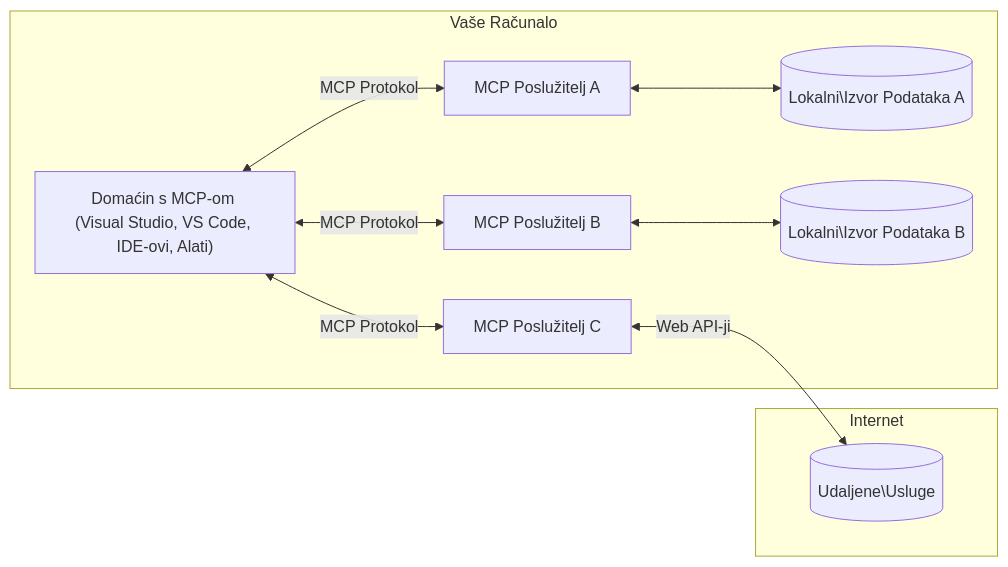
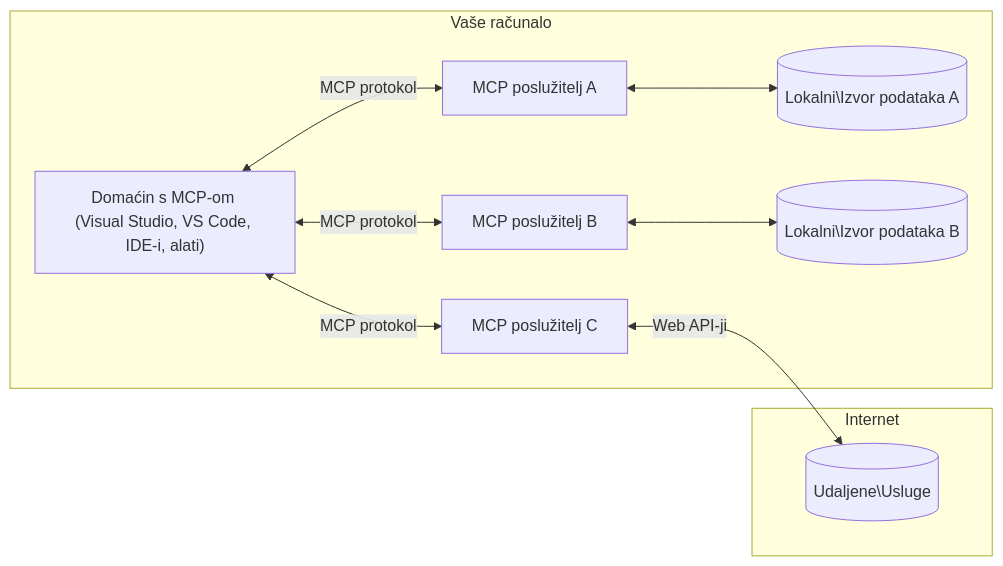
The diagram in mcp_ecosystem__model_context_protocol/mcp_learning_resources/mcp-for-beginners/translations/hr/01-CoreConcepts/README.md (HIDORAKAI002/ai-workspace-archive), drawn with Mermaid before and after one commit. The commit also changed other lines of this file and 1046 other files, not shown here.

````diff
--- a/mcp_ecosystem__model_context_protocol/mcp_learning_resources/mcp-for-beginners/translations/hr/01-CoreConcepts/README.md
+++ b/mcp_ecosystem__model_context_protocol/mcp_learning_resources/mcp-for-beginners/translations/hr/01-CoreConcepts/README.md
@@ -45,17 +45,17 @@
 ```mermaid
 flowchart LR
-    subgraph "Vaše Računalo"
-        Host["Domaćin s MCP-om (Visual Studio, VS Code, IDE-ovi, Alati)"]
-        S1["MCP Poslužitelj A"]
-        S2["MCP Poslužitelj B"]
-        S3["MCP Poslužitelj C"]
-        Host <-->|"MCP Protokol"| S1
-        Host <-->|"MCP Protokol"| S2
-        Host <-->|"MCP Protokol"| S3
-        S1 <--> D1[("Lokalni\Izvor Podataka A")]
-        S2 <--> D2[("Lokalni\Izvor Podataka B")]
+    subgraph "Vaše računalo"
+        Host["Domaćin s MCP-om (Visual Studio, VS Code, IDE-i, alati)"]
+        S1["MCP poslužitelj A"]
+        S2["MCP poslužitelj B"]
+        S3["MCP poslužitelj C"]
+        Host <-->|"MCP protokol"| S1
+        Host <-->|"MCP protokol"| S2
+        Host <-->|"MCP protokol"| S3
+        S1 <--> D1[("Lokalni\Izvor podataka A")]
+        S2 <--> D2[("Lokalni\Izvor podataka B")]
     end
     subgraph "Internet"
         S3 <-->|"Web API-ji"| D3[("Udaljene\Usluge")]
     end
 ```
````
